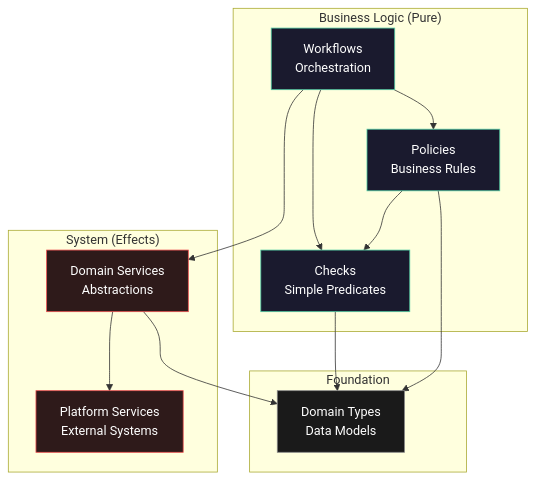
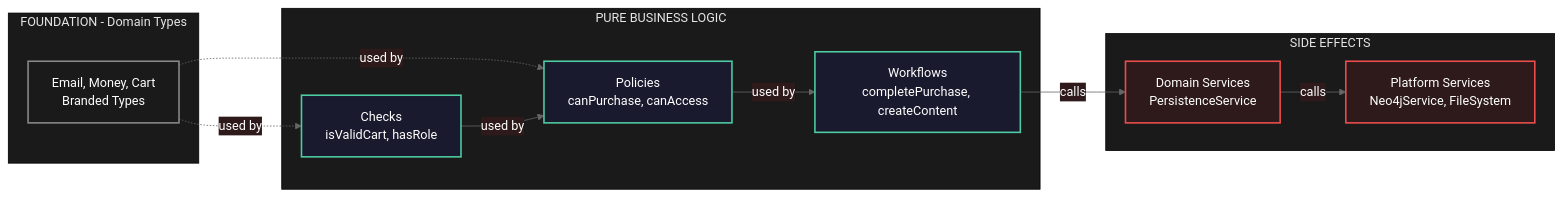
One commit to eatthoselemons/effect-template changed the diagram in README.md. Above: the diagram before and after it, drawn with Mermaid.

Commit message:
diagram improvements

````diff
--- a/README.md
+++ b/README.md
@@ -44,34 +44,33 @@
 ```mermaid
-graph TB
-    subgraph "Business Logic (Pure)"
-        W[Workflows<br/>Orchestration]
-        C[Checks<br/>Simple Predicates]
-        P[Policies<br/>Business Rules]
+%%{init: {'theme':'base', 'themeVariables': {'primaryColor':'#1a1a2e','primaryTextColor':'#fff','primaryBorderColor':'#4ecca3','lineColor':'#666','secondaryColor':'#2e1a1a','tertiaryColor':'#1a1a1a'}}}%%
+flowchart LR
+    subgraph DT[" FOUNDATION - Domain Types "]
+        DT1[Email, Money, Cart<br/>Branded Types]
     end
     
-    subgraph "System (Effects)"
-        DL[Domain Services<br/>Abstractions]
-        PL[Platform Services<br/>External Systems]
+    subgraph BL[" PURE BUSINESS LOGIC "]
+        C[Checks<br/>isValidCart, hasRole]
+        P[Policies<br/>canPurchase, canAccess]
+        W[Workflows<br/>completePurchase, createContent]
     end
     
-    subgraph "Foundation"
-        DT[Domain Types<br/>Data Models]
+    subgraph SYS[" SIDE EFFECTS "]
+        DS[Domain Services<br/>PersistenceService]
+        PS[Platform Services<br/>Neo4jService, FileSystem]
     end
     
-    W --> C
-    W --> P
-    W --> DL
-    DL --> PL
-    C --> DT
-    P --> DT
-    P --> C
-    DL --> DT
+    DT1 -.->|used by| C
+    DT1 -.->|used by| P
+    C -->|used by| P
+    P -->|used by| W
+    W -->|calls| DS
+    DS -->|calls| PS
     
-    classDef pure fill:#1a1a2e,stroke:#4ecca3,color:#fff
-    classDef effects fill:#2e1a1a,stroke:#ec4e4e,color:#fff
-    classDef data fill:#1a1a1a,stroke:#888,color:#fff
+    classDef foundation fill:#1a1a1a,stroke:#888,color:#fff,stroke-width:2px
+    classDef pure fill:#1a1a2e,stroke:#4ecca3,color:#fff,stroke-width:2px
+    classDef effects fill:#2e1a1a,stroke:#ec4e4e,color:#fff,stroke-width:2px
     
-    class W,C,P pure
-    class DL,PL effects
-    class DT data
+    class DT1 foundation
+    class C,P,W pure
+    class DS,PS effects
 ```
````
